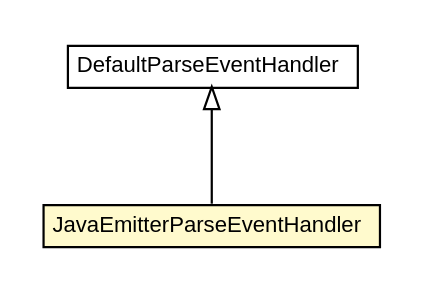
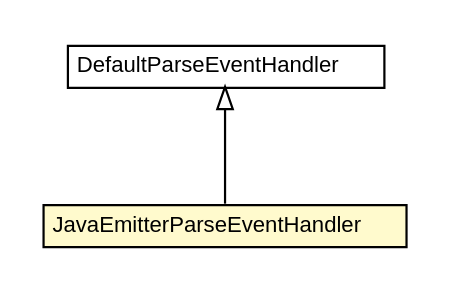
Before and after one commit to trajano/jetng: the diagram in jetng-core/apidocs/net/trajano/jetng/JavaEmitterParseEventHandler.dot, drawn with Graphviz. The commit also changed 185 other files, not shown here.

```diff
--- a/jetng-core/apidocs/net/trajano/jetng/JavaEmitterParseEventHandler.dot
+++ b/jetng-core/apidocs/net/trajano/jetng/JavaEmitterParseEventHandler.dot
@@ -1,26 +1,26 @@
 #!/usr/local/bin/dot
 #
 # Class diagram 
 # Generated by UMLGraph version R5_6-24-gf6e263 (http://www.umlgraph.org/)
 #
 
 digraph G {
-	edge [fontname="arial",fontsize=10,labelfontname="arial",labelfontsize=10];
-	node [fontname="arial",fontsize=10,shape=plaintext];
+	edge [fontname="Helvetica",fontsize=10,labelfontname="Helvetica",labelfontsize=10];
+	node [fontname="Helvetica",fontsize=10,shape=plaintext];
 	nodesep=0.25;
 	ranksep=0.5;
 	// net.trajano.jetng.JavaEmitterParseEventHandler
-	c103 [label=<<table title="net.trajano.jetng.JavaEmitterParseEventHandler" border="0" cellborder="1" cellspacing="0" cellpadding="2" port="p" bgcolor="lemonChiffon" href="./JavaEmitterParseEventHandler.html">
+	c102 [label=<<table title="net.trajano.jetng.JavaEmitterParseEventHandler" border="0" cellborder="1" cellspacing="0" cellpadding="2" port="p" bgcolor="lemonChiffon" href="./JavaEmitterParseEventHandler.html">
 		<tr><td><table border="0" cellspacing="0" cellpadding="1">
 <tr><td align="center" balign="center"> JavaEmitterParseEventHandler </td></tr>
 		</table></td></tr>
-		</table>>, URL="./JavaEmitterParseEventHandler.html", fontname="arial", fontcolor="black", fontsize=10.0];
+		</table>>, URL="./JavaEmitterParseEventHandler.html", fontname="Helvetica", fontcolor="black", fontsize=10.0];
 	// net.trajano.jetng.DefaultParseEventHandler
 	c104 [label=<<table title="net.trajano.jetng.DefaultParseEventHandler" border="0" cellborder="1" cellspacing="0" cellpadding="2" port="p" href="./DefaultParseEventHandler.html">
 		<tr><td><table border="0" cellspacing="0" cellpadding="1">
 <tr><td align="center" balign="center"> DefaultParseEventHandler </td></tr>
 		</table></td></tr>
-		</table>>, URL="./DefaultParseEventHandler.html", fontname="arial", fontcolor="black", fontsize=10.0];
+		</table>>, URL="./DefaultParseEventHandler.html", fontname="Helvetica", fontcolor="black", fontsize=10.0];
 	//net.trajano.jetng.JavaEmitterParseEventHandler extends net.trajano.jetng.DefaultParseEventHandler
-	c104:p -> c103:p [dir=back,arrowtail=empty];
+	c104:p -> c102:p [dir=back,arrowtail=empty];
 }
```
